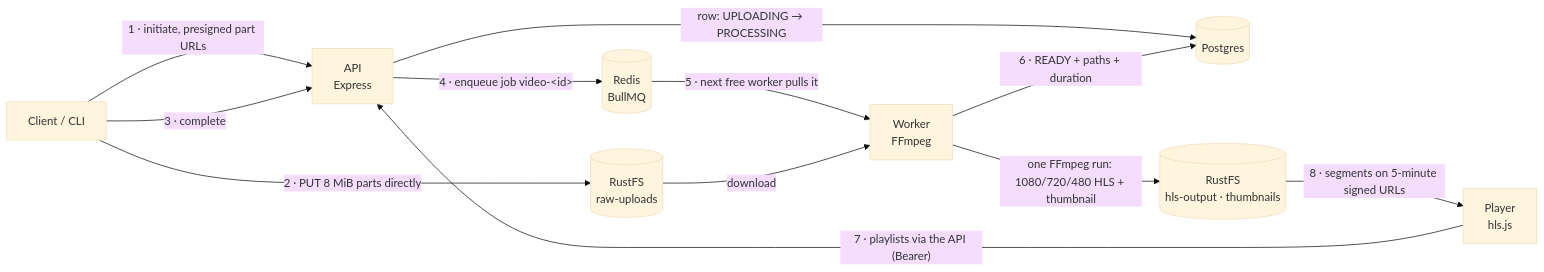
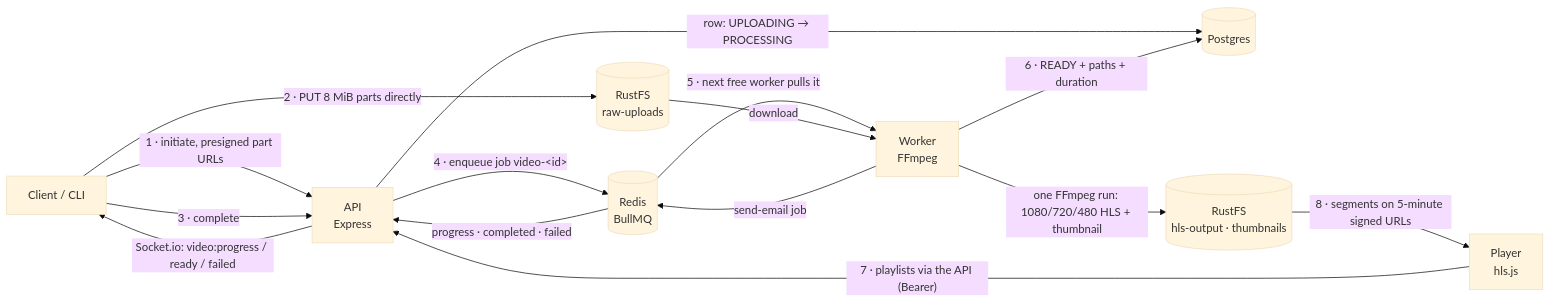
The diagram in README.md (Muh-Hasan/klyro-stream), drawn with Mermaid (base theme) before and after one commit. The commit also changed other lines of this file and 2 other files, not shown here.

````diff
--- a/README.md
+++ b/README.md
@@ -24,14 +24,17 @@
 ```mermaid
 flowchart LR
     C["Client / CLI"] -- "1 · initiate, presigned part URLs" --> API["API<br/>Express"]
     C -- "2 · PUT 8 MiB parts directly" --> RAW[("RustFS<br/>raw-uploads")]
     C -- "3 · complete" --> API
     API -- "row: UPLOADING → PROCESSING" --> PG[("Postgres")]
     API -- "4 · enqueue job video-&lt;id&gt;" --> Q[("Redis<br/>BullMQ")]
     Q -- "5 · next free worker pulls it" --> W["Worker<br/>FFmpeg"]
     RAW -- "download" --> W
     W -- "one FFmpeg run: 1080/720/480 HLS + thumbnail" --> HLS[("RustFS<br/>hls-output · thumbnails")]
     W -- "6 · READY + paths + duration" --> PG
     P["Player<br/>hls.js"] -- "7 · playlists via the API (Bearer)" --> API
     HLS -- "8 · segments on 5-minute signed URLs" --> P
+    Q -- "progress · completed · failed" --> API
+    API -- "Socket.io: video:progress / ready / failed" --> C
+    W -- "send-email job" --> Q
 ```
````
